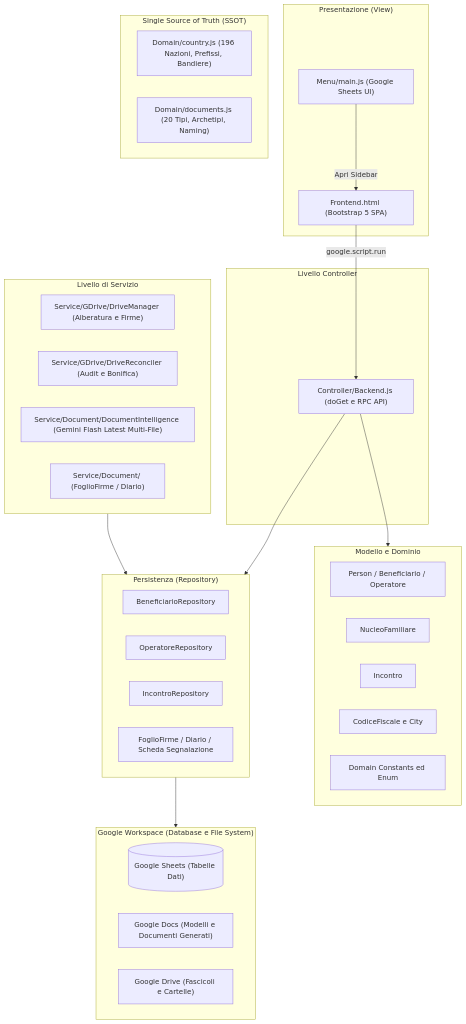
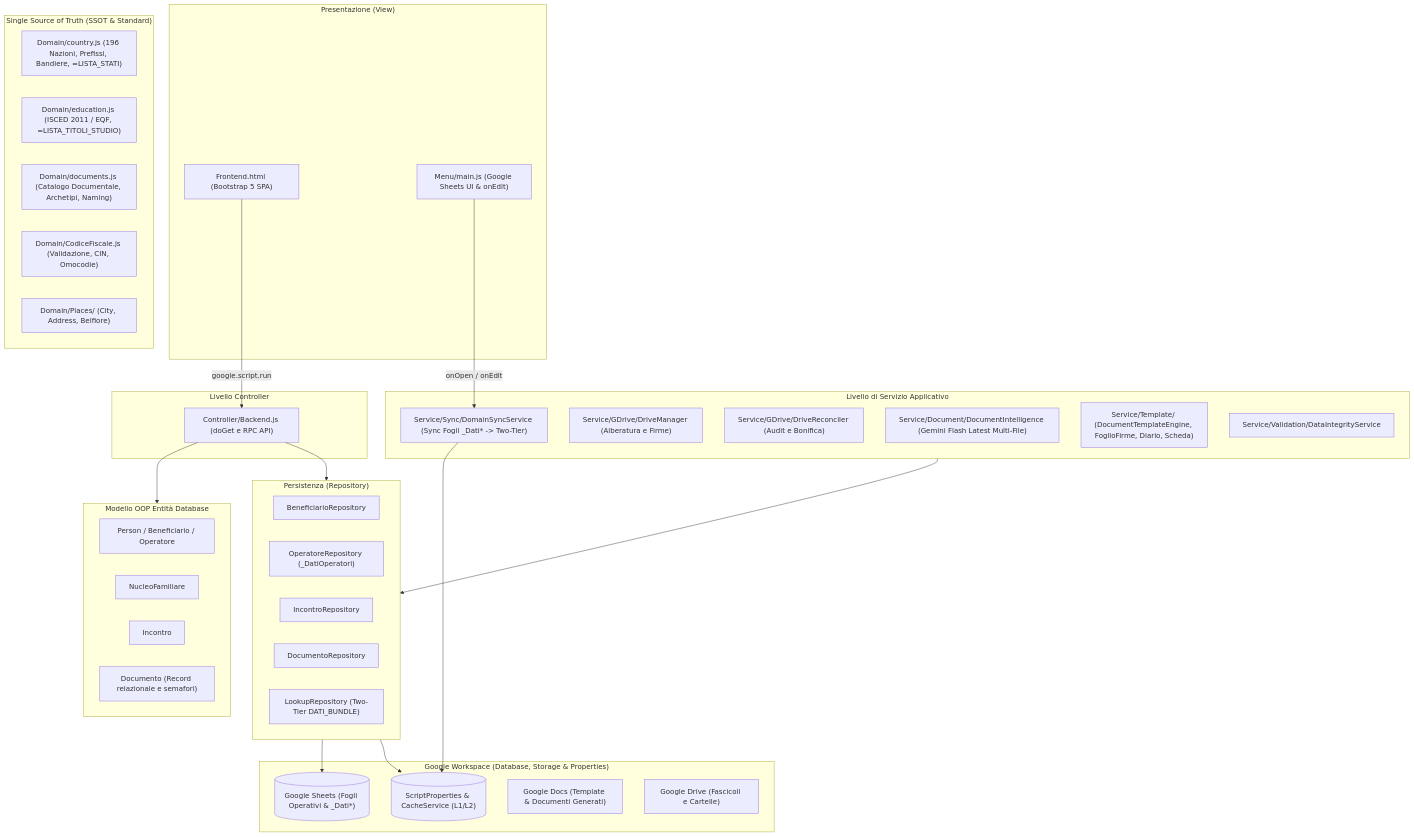
One commit to La-Bussola-dell-Abitare/gas-webapp changed the diagram in README.md. Above: the diagram before and after it, drawn with Mermaid. The commit also changed other lines of this file and 30 other files, not shown here.

````diff
--- a/README.md
+++ b/README.md
@@ -190,51 +190,59 @@
 ```mermaid
 flowchart TD
     subgraph View ["Presentazione (View)"]
         UI["Frontend.html (Bootstrap 5 SPA)"]
-        Sidebar["Menu/main.js (Google Sheets UI)"]
+        Sidebar["Menu/main.js (Google Sheets UI & onEdit)"]
     end
 
     subgraph Controller ["Livello Controller"]
         Backend["Controller/Backend.js (doGet e RPC API)"]
     end
 
-    subgraph Domain ["Single Source of Truth (SSOT)"]
-        Countries["Domain/country.js (196 Nazioni, Prefissi, Bandiere)"]
-        Documents["Domain/documents.js (20 Tipi, Archetipi, Naming)"]
+    subgraph Domain ["Single Source of Truth (SSOT & Standard)"]
+        Countries["Domain/country.js (196 Nazioni, Prefissi, Bandiere, =LISTA_STATI)"]
+        Education["Domain/education.js (ISCED 2011 / EQF, =LISTA_TITOLI_STUDIO)"]
+        Documents["Domain/documents.js (Catalogo Documentale, Archetipi, Naming)"]
+        CF["Domain/CodiceFiscale.js (Validazione, CIN, Omocodie)"]
+        Places["Domain/Places/ (City, Address, Belfiore)"]
     end
 
-    subgraph Service ["Livello di Servizio"]
+    subgraph Service ["Livello di Servizio Applicativo"]
+        SyncService["Service/Sync/DomainSyncService (Sync Fogli _Dati* -> Two-Tier)"]
         DriveMgr["Service/GDrive/DriveManager (Alberatura e Firme)"]
         DriveRec["Service/GDrive/DriveReconciler (Audit e Bonifica)"]
         DocAI["Service/Document/DocumentIntelligence (Gemini Flash Latest Multi-File)"]
-        DocGen["Service/Document/ (FoglioFirme / Diario)"]
+        DocGen["Service/Template/ (DocumentTemplateEngine, FoglioFirme, Diario, Scheda)"]
+        ValService["Service/Validation/DataIntegrityService"]
     end
 
-    subgraph Model ["Modello e Dominio"]
+    subgraph Model ["Modello OOP Entità Database"]
         Person["Person / Beneficiario / Operatore"]
         Nucleo["NucleoFamiliare"]
         Incontro["Incontro"]
-        CF["CodiceFiscale e City"]
-        Constants["Domain Constants ed Enum"]
+        DocModel["Documento (Record relazionale e semafori)"]
     end
 
     subgraph Repository ["Persistenza (Repository)"]
         BenRepo["BeneficiarioRepository"]
-        OpRepo["OperatoreRepository"]
+        OpRepo["OperatoreRepository (_DatiOperatori)"]
         IncRepo["IncontroRepository"]
-        DocRepo["FoglioFirme / Diario / Scheda Segnalazione"]
+        DocRepo["DocumentoRepository"]
+        LookupRepo["LookupRepository (Two-Tier DATI_BUNDLE)"]
     end
 
-    subgraph Storage ["Google Workspace (Database e File System)"]
-        GSheets[("Google Sheets (Tabelle Dati)")]
-        GDocs["Google Docs (Modelli e Documenti Generati)"]
+    subgraph Storage ["Google Workspace (Database, Storage & Properties)"]
+        GSheets[("Google Sheets (Fogli Operativi & _Dati*)")]
+        GProps[("ScriptProperties & CacheService (L1/L2)")]
+        GDocs["Google Docs (Template & Documenti Generati)"]
         GDrive["Google Drive (Fascicoli e Cartelle)"]
     end
 
     UI -->|"google.script.run"| Backend
-    Sidebar -->|"Apri Sidebar"| UI
+    Sidebar -->|"onOpen / onEdit"| SyncService
     Backend --> Model
     Backend --> Repository
     Service --> Repository
-    Repository --> Storage
+    SyncService --> GProps
+    Repository --> GSheets
+    Repository --> GProps
 ```
````
